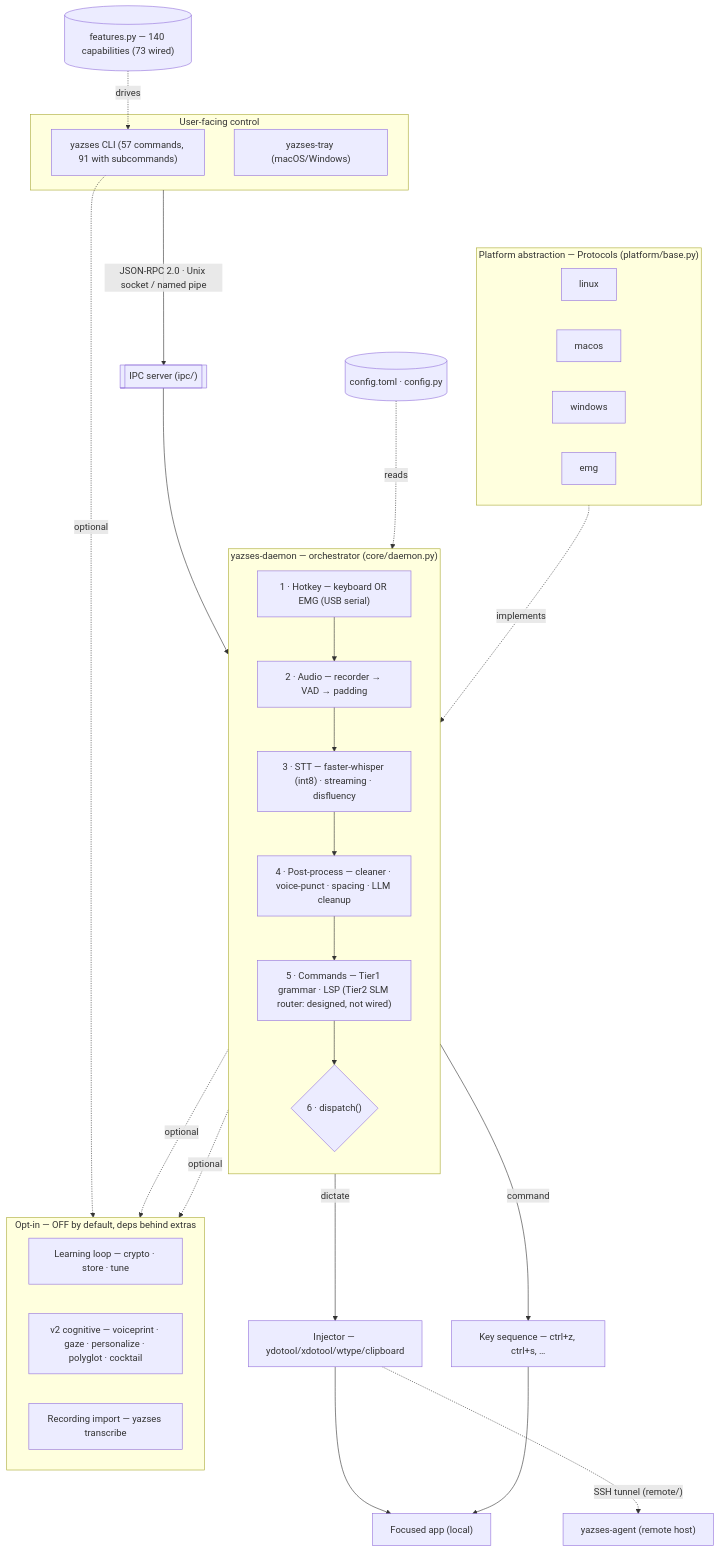
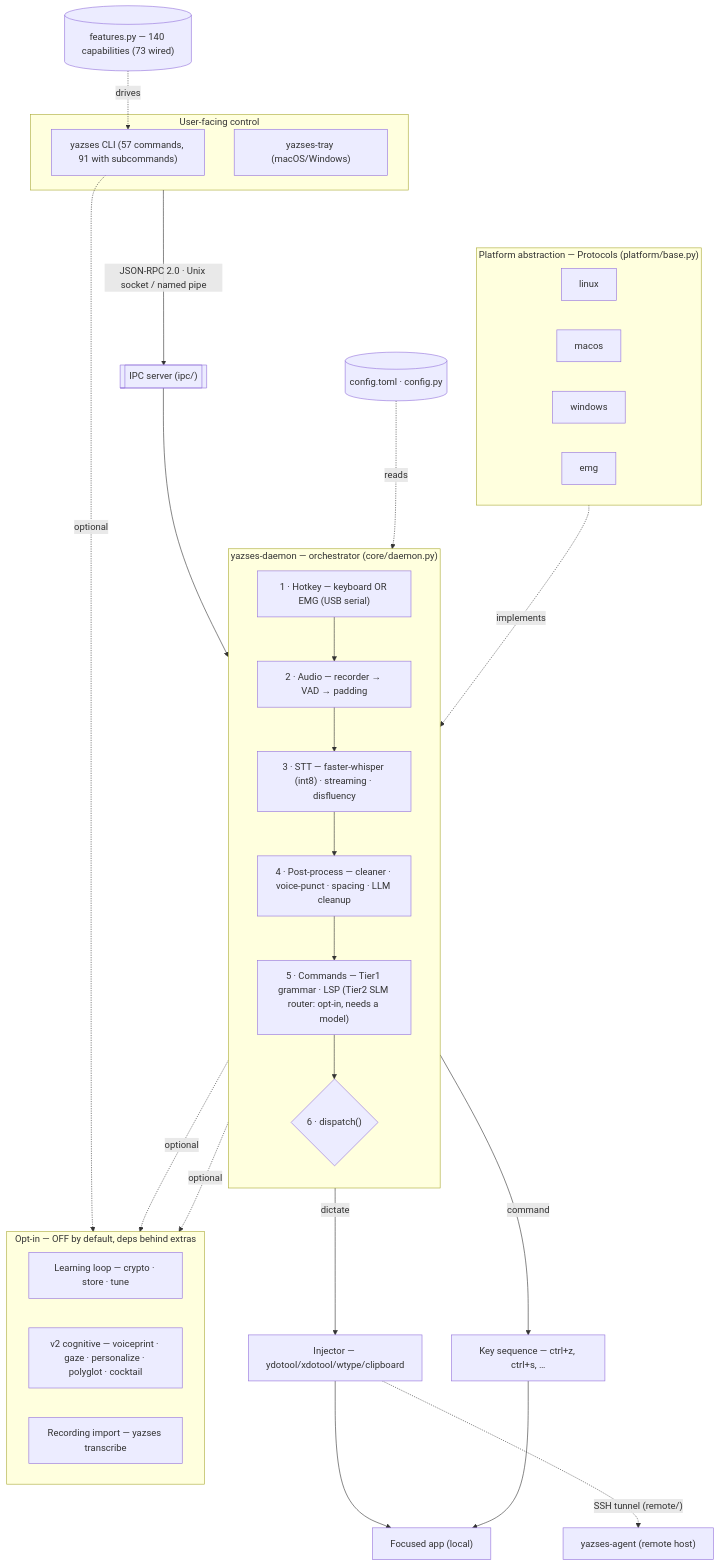
One commit to MSKazemi/yazses changed the diagram in docs/diagrams/index.md. Above: the diagram before and after it, drawn with Mermaid. The commit also changed 17 other files, not shown here.

````diff
--- a/docs/diagrams/index.md
+++ b/docs/diagrams/index.md
@@ -22,50 +22,50 @@
 ```mermaid
 flowchart TB
   subgraph UI["User-facing control"]
     CLI["yazses CLI (57 commands, 91 with subcommands)"]
     TRAY["yazses-tray (macOS/Windows)"]
   end
   UI -->|"JSON-RPC 2.0 · Unix socket / named pipe"| IPC[["IPC server (ipc/)"]]
   IPC --> DAEMON
 
   subgraph DAEMON["yazses-daemon — orchestrator (core/daemon.py)"]
     direction TB
     HK["1 · Hotkey — keyboard OR EMG (USB serial)"]
     AUD["2 · Audio — recorder → VAD → padding"]
     STT["3 · STT — faster-whisper (int8) · streaming · disfluency"]
     PP["4 · Post-process — cleaner · voice-punct · spacing · LLM cleanup"]
-    CMD["5 · Commands — Tier1 grammar · LSP (Tier2 SLM router: designed, not wired)"]
+    CMD["5 · Commands — Tier1 grammar · LSP (Tier2 SLM router: opt-in, needs a model)"]
     DIS{"6 · dispatch()"}
     HK --> AUD --> STT --> PP --> CMD --> DIS
   end
 
   CFG[("config.toml · config.py")]
   FEAT[("features.py — 140 capabilities (73 wired)")]
   CFG -. reads .-> DAEMON
   FEAT -. drives .-> CLI
 
   DIS -->|dictate| INJ["Injector — ydotool/xdotool/wtype/clipboard"]
   DIS -->|command| KEYS["Key sequence — ctrl+z, ctrl+s, …"]
   INJ --> APP["Focused app (local)"]
   KEYS --> APP
   INJ -. "SSH tunnel (remote/)" .-> AGENT["yazses-agent (remote host)"]
 
   subgraph PLAT["Platform abstraction — Protocols (platform/base.py)"]
     direction LR
     LNX["linux"]
     MAC["macos"]
     WIN["windows"]
     EMG["emg"]
   end
   PLAT -. implements .-> DAEMON
 
   subgraph OPT["Opt-in — OFF by default, deps behind extras"]
     direction LR
     LEARN["Learning loop — crypto · store · tune"]
     V2["v2 cognitive — voiceprint · gaze · personalize · polyglot · cocktail"]
     RECIMP["Recording import — yazses transcribe"]
   end
   DAEMON -. optional .-> LEARN
   DAEMON -. optional .-> V2
   CLI -. optional .-> RECIMP
 ```
````
